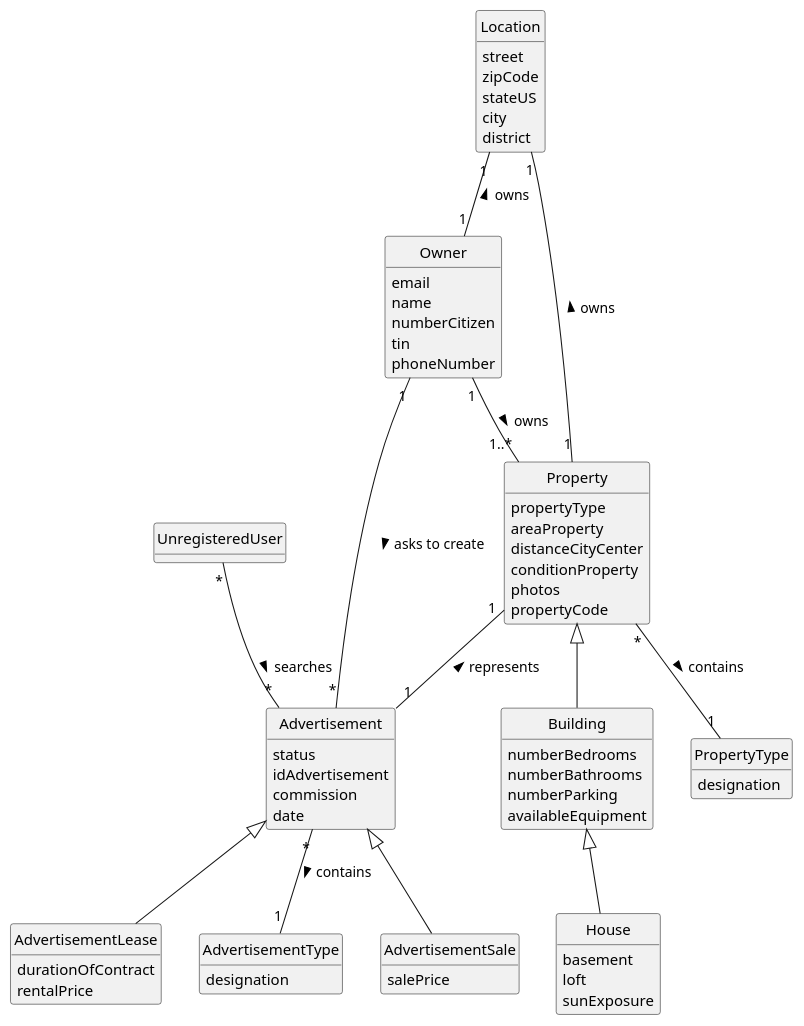
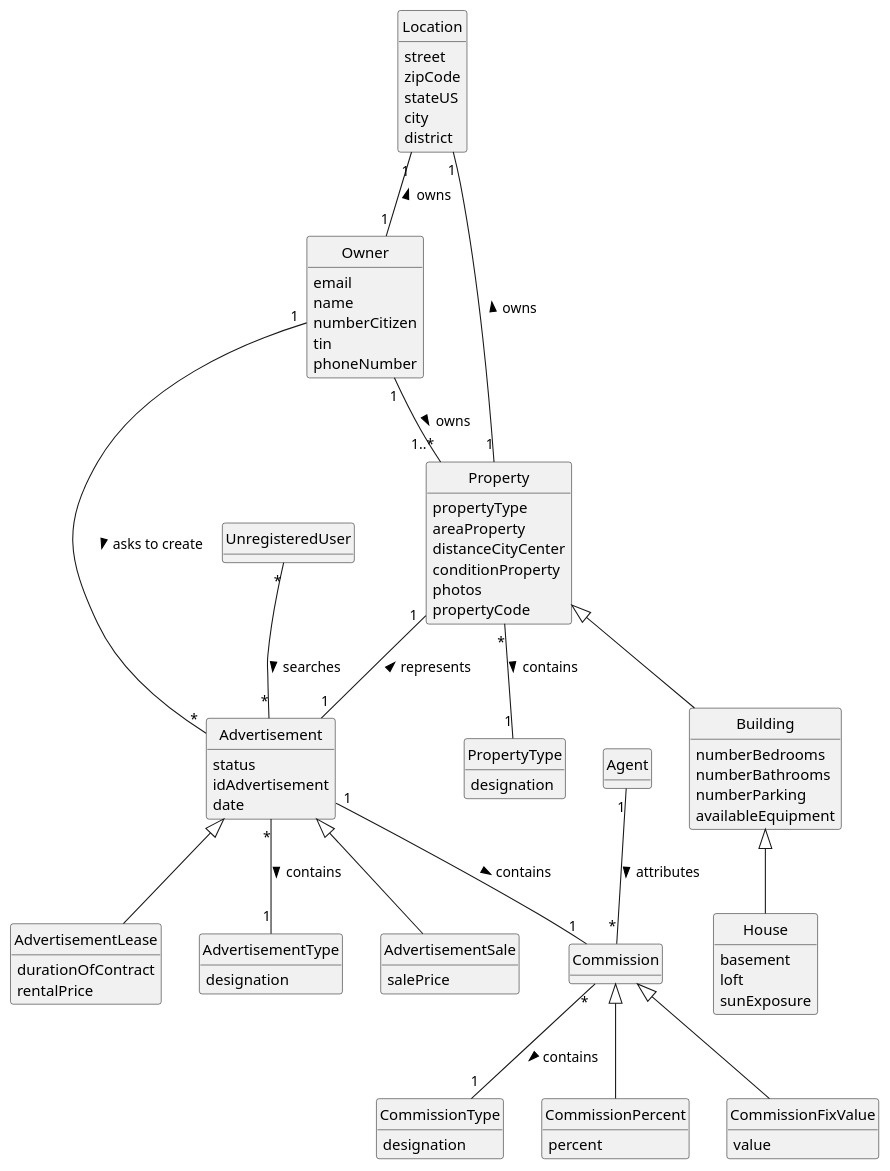
The diagram in docs/sprintA/us001/02.analysis/puml/us001-domain-model.puml (PEDROMOREIRA45/lei-23-s2-1dg-g31), drawn with PlantUML before and after one commit. The commit also changed 4 other files, not shown here.

```diff
--- a/docs/sprintA/us001/02.analysis/puml/us001-domain-model.puml
+++ b/docs/sprintA/us001/02.analysis/puml/us001-domain-model.puml
@@ -1,94 +1,111 @@
 @startuml
 skinparam monochrome true
 skinparam packageStyle rectangle
 skinparam shadowing false
 
 'left to right direction
 
 skinparam classAttributeIconSize 0
 
 hide circle
 hide methods
 
 class PropertyType{
     designation
 }
 
 class Property{
     propertyType
     areaProperty
     distanceCityCenter
     conditionProperty
     photos
     propertyCode
 }
 
 class UnregisteredUser
 
 class Owner {
     email
     name
     numberCitizen
     tin
     phoneNumber
 }
 
 
 class House {
     basement
     loft
     sunExposure
 }
 
 class Building{
     numberBedrooms
     numberBathrooms
     numberParking
     availableEquipment
 }
 
 class Advertisement {
     status
     idAdvertisement
-    commission
     date
 }
 
 class Location{
     street
     zipCode
     stateUS
     city
     district
 }
 
 class AdvertisementSale {
     salePrice
 }
 
 class AdvertisementLease {
     durationOfContract
     rentalPrice
 
 }
 
 class AdvertisementType {
     designation
 }
 
+class Commission{
+
+}
+class CommissionType{
+    designation
+}
+class CommissionPercent{
+    percent
+}
+class CommissionFixValue{
+    value
+}
+
 
 
 UnregisteredUser "*" -- "*" Advertisement: searches >
 Owner "1"--"1..*" Property: owns >
 Property <|-- Building
 Property "*" -- "1" PropertyType: contains >
 Building <|-- House
 Property "1" -- "1" Advertisement: represents <
 Location "1" -- "1" Property: owns <
 Location "1" -- "1" Owner: owns <
 Owner "1" -- "*" Advertisement: asks to create >
 Advertisement <|-- AdvertisementSale
 Advertisement <|-- AdvertisementLease
 Advertisement "*" -- "1" AdvertisementType: contains >
+Commission <|-- CommissionFixValue
+Commission <|-- CommissionPercent
+Commission "*" -- "1" CommissionType: contains >
+Advertisement "1" -- "1" Commission: contains >
+Agent "1" -- "*" Commission: attributes >
 
 @enduml
```
